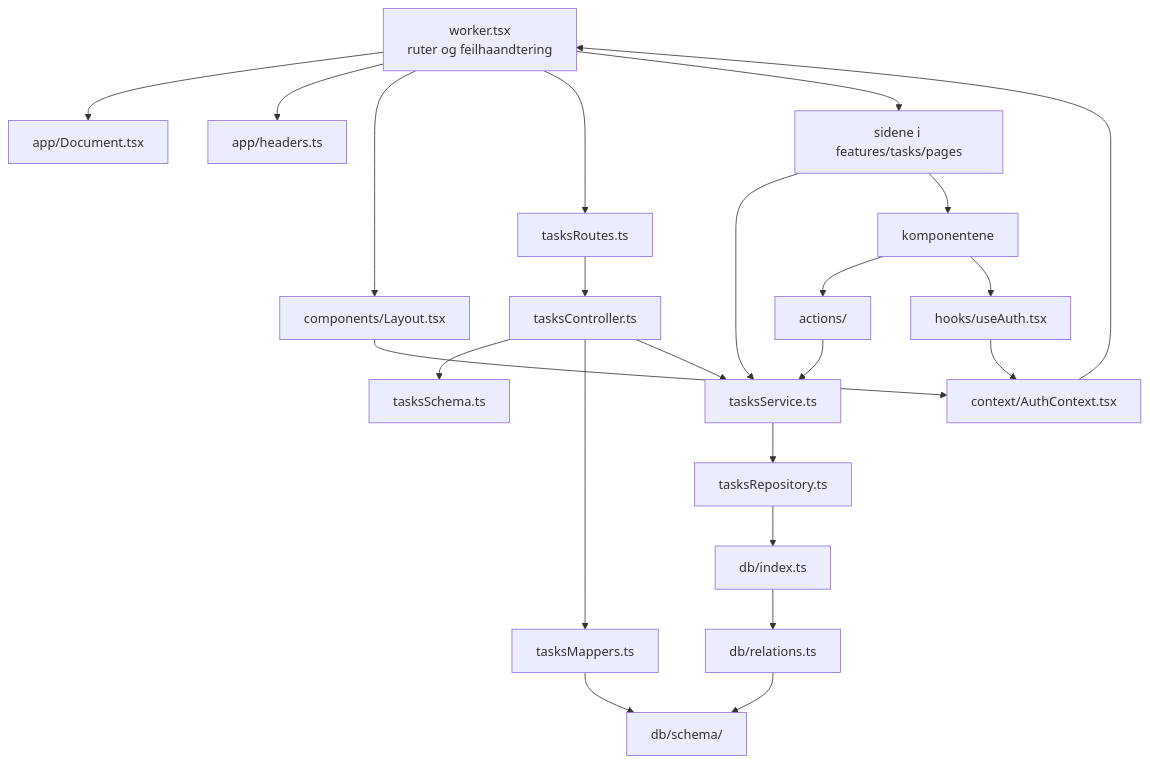
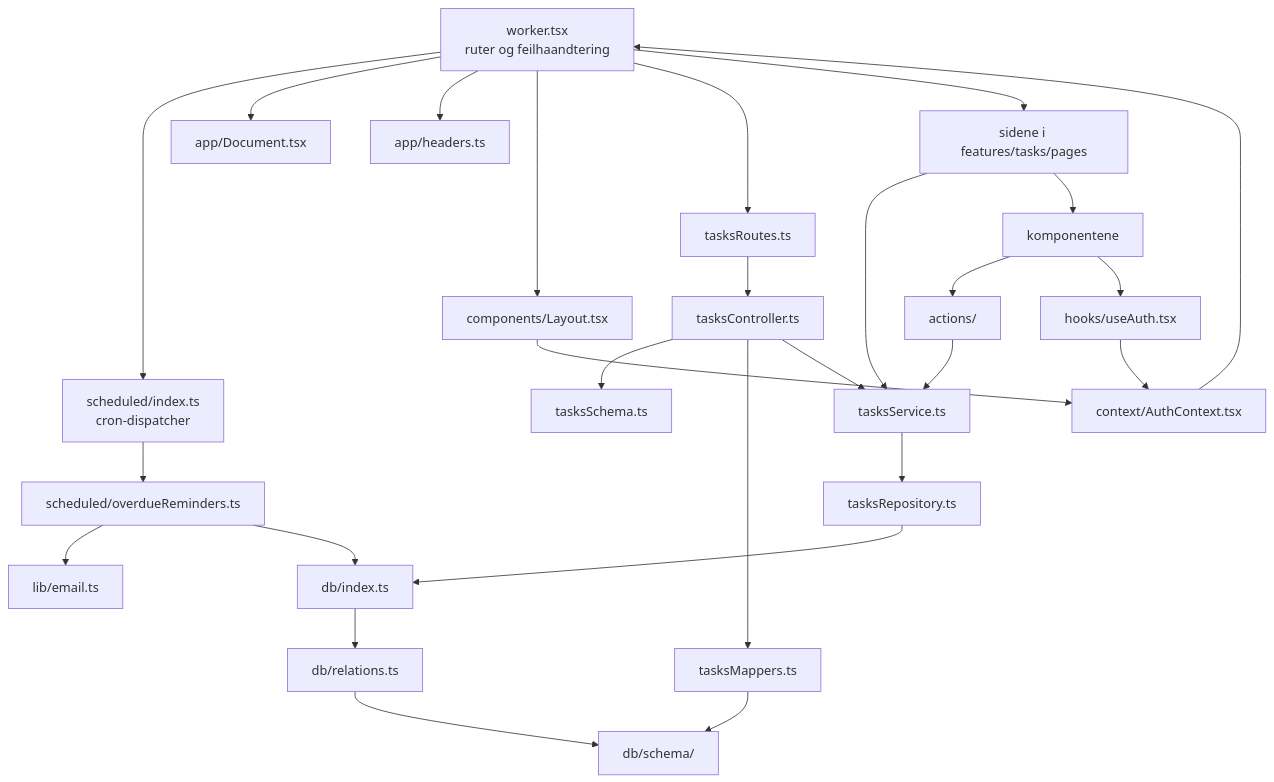
The sixth of 7 diagrams in hiof-webapp/2026/demo/README.md (mariuswallin/hiof-courses), drawn with Mermaid before and after one commit. The commit also changed other lines of this file and 18 other files, not shown here.

````diff
--- a/hiof-webapp/2026/demo/README.md
+++ b/hiof-webapp/2026/demo/README.md
@@ -331,30 +353,34 @@
 ```mermaid
 flowchart TD
     W["worker.tsx<br/>ruter og feilhaandtering"]
 
+    W --> Sched["scheduled/index.ts<br/>cron-dispatcher"]
+    Sched --> Rem["scheduled/overdueReminders.ts"]
+    Rem --> Mail["lib/email.ts"]
+    Rem --> DB
     W --> Doc["app/Document.tsx"]
     W --> Head["app/headers.ts"]
     W --> Lay["components/Layout.tsx"]
     W --> Routes["tasksRoutes.ts"]
     W --> Pages["sidene i features/tasks/pages"]
 
     Routes --> Ctrl["tasksController.ts"]
     Ctrl --> Sch["tasksSchema.ts"]
     Ctrl --> Map["tasksMappers.ts"]
     Ctrl --> Svc["tasksService.ts"]
     Svc --> Repo["tasksRepository.ts"]
     Repo --> DB["db/index.ts"]
     DB --> Rel["db/relations.ts"]
     Rel --> Schema["db/schema/"]
     Map --> Schema
 
     Pages --> Svc
     Pages --> Comp["komponentene"]
     Comp --> Act["actions/"]
     Act --> Svc
 
     Lay --> Ctx["context/AuthContext.tsx"]
     Comp --> Hook["hooks/useAuth.tsx"]
     Hook --> Ctx
     Ctx --> W
 ```
````
